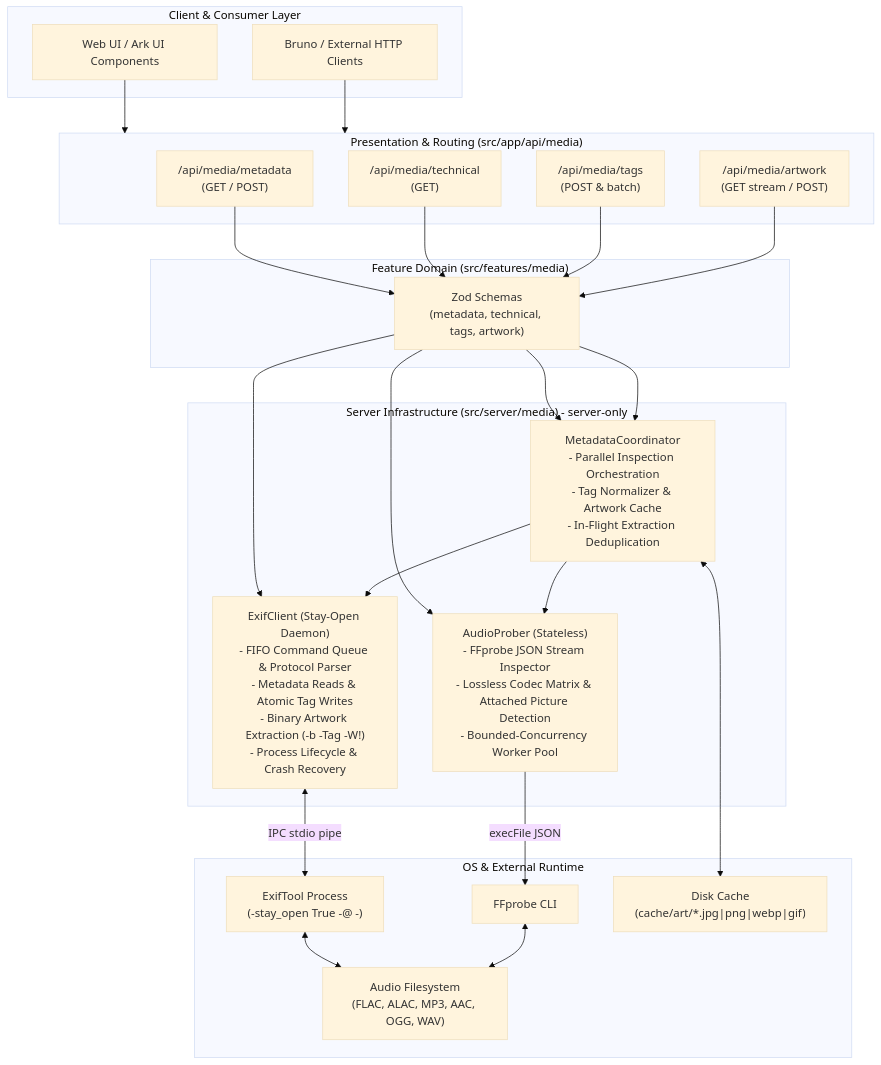
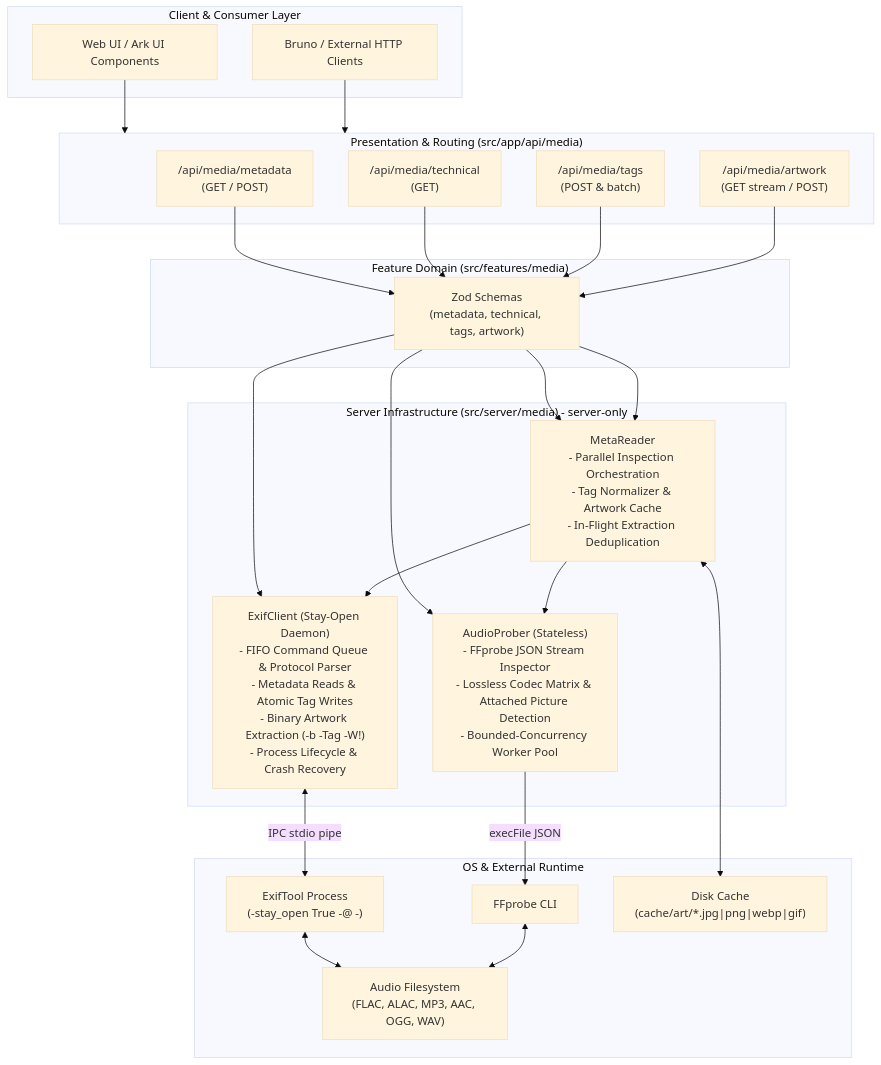
Before and after one commit to Manishtripathi-108/my-music: the first of 7 diagrams in README.md, drawn with Mermaid (base theme). The commit also changed other lines of this file and 3 other files, not shown here.

Commit message:
feat(meta): implement MetaReader for unified audio metadata extraction and artwork handling

````diff
--- a/README.md
+++ b/README.md
@@ -58,48 +58,48 @@
 ```mermaid
 flowchart TD
     subgraph ClientLayer["Client & Consumer Layer"]
         UI["Web UI / Ark UI Components"]
         API_Client["Bruno / External HTTP Clients"]
     end
 
     subgraph RouteLayer["Presentation & Routing (src/app/api/media)"]
         R_Meta["/api/media/metadata\n(GET / POST)"]
         R_Tech["/api/media/technical\n(GET)"]
         R_Tags["/api/media/tags\n(POST & batch)"]
         R_Art["/api/media/artwork\n(GET stream / POST)"]
     end
 
     subgraph FeatureLayer["Feature Domain (src/features/media)"]
         ZodSchemas["Zod Schemas\n(metadata, technical, tags, artwork)"]
     end
 
     subgraph ServerLayer["Server Infrastructure (src/server/media) - server-only"]
-        Coordinator["MetadataCoordinator\n- Parallel Inspection Orchestration\n- Tag Normalizer & Artwork Cache\n- In-Flight Extraction Deduplication"]
+        Coordinator["MetaReader\n- Parallel Inspection Orchestration\n- Tag Normalizer & Artwork Cache\n- In-Flight Extraction Deduplication"]
         ExifClient["ExifClient (Stay-Open Daemon)\n- FIFO Command Queue & Protocol Parser\n- Metadata Reads & Atomic Tag Writes\n- Binary Artwork Extraction (-b -Tag -W!)\n- Process Lifecycle & Crash Recovery"]
         AudioProber["AudioProber (Stateless)\n- FFprobe JSON Stream Inspector\n- Lossless Codec Matrix & Attached Picture Detection\n- Bounded-Concurrency Worker Pool"]
     end
 
     subgraph ExternalLayer["OS & External Runtime"]
         ExifToolBin["ExifTool Process\n(-stay_open True -@ -)"]
         FFprobeBin["FFprobe CLI"]
         DiskCache["Disk Cache\n(cache/art/*.jpg|png|webp|gif)"]
         AudioFiles["Audio Filesystem\n(FLAC, ALAC, MP3, AAC, OGG, WAV)"]
     end
 
     UI --> RouteLayer
     API_Client --> RouteLayer
 
     R_Meta --> ZodSchemas --> Coordinator
     R_Tech --> ZodSchemas --> AudioProber
     R_Tags --> ZodSchemas --> ExifClient
     R_Art --> ZodSchemas --> Coordinator
 
     Coordinator --> ExifClient
     Coordinator --> AudioProber
     Coordinator <--> DiskCache
 
     ExifClient <-->|IPC stdio pipe| ExifToolBin
     AudioProber -->|execFile JSON| FFprobeBin
     ExifToolBin <--> AudioFiles
     FFprobeBin <--> AudioFiles
 ```
````
